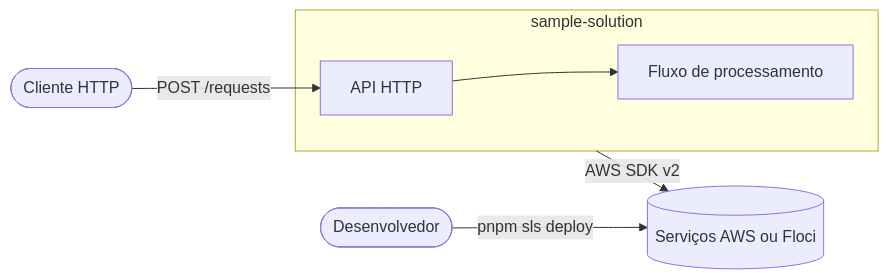
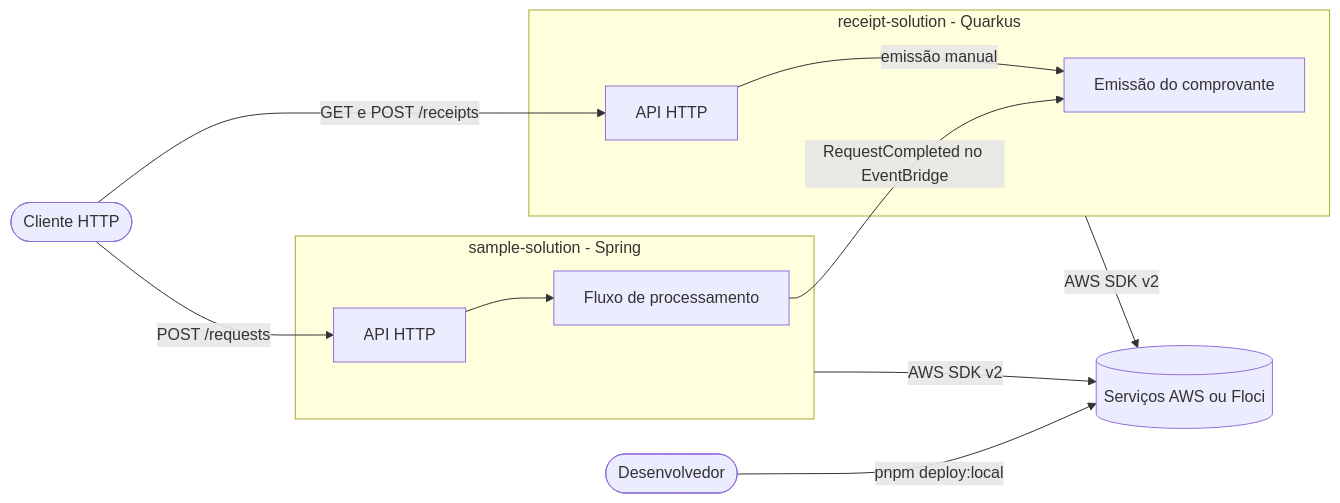
One commit to mateusmacedo/java-serverless changed the first of 3 diagrams in docs/architecture.md. Above: the diagram before and after it, drawn with Mermaid. The commit also changed other lines of this file and 7 other files, not shown here.

Commit message:
docs: document the multi-framework platform and the receipt-solution

````diff
--- a/docs/architecture.md
+++ b/docs/architecture.md
@@ -13,14 +17,22 @@
 ```mermaid
 flowchart LR
     client([Cliente HTTP])
     dev([Desenvolvedor])
-    subgraph solution[sample-solution]
+    subgraph solution[sample-solution - Spring]
         api[API HTTP]
         flow[Fluxo de processamento]
     end
+    subgraph receipt[receipt-solution - Quarkus]
+        receiptApi[API HTTP]
+        receiptFlow[Emissão do comprovante]
+    end
     aws[(Serviços AWS ou Floci)]
     client -->|POST /requests| api
+    client -->|GET e POST /receipts| receiptApi
     api --> flow
+    flow -->|RequestCompleted no EventBridge| receiptFlow
+    receiptApi -->|emissão manual| receiptFlow
     solution -->|AWS SDK v2| aws
-    dev -->|pnpm sls deploy| aws
+    receipt -->|AWS SDK v2| aws
+    dev -->|pnpm deploy:local| aws
 ```
````
